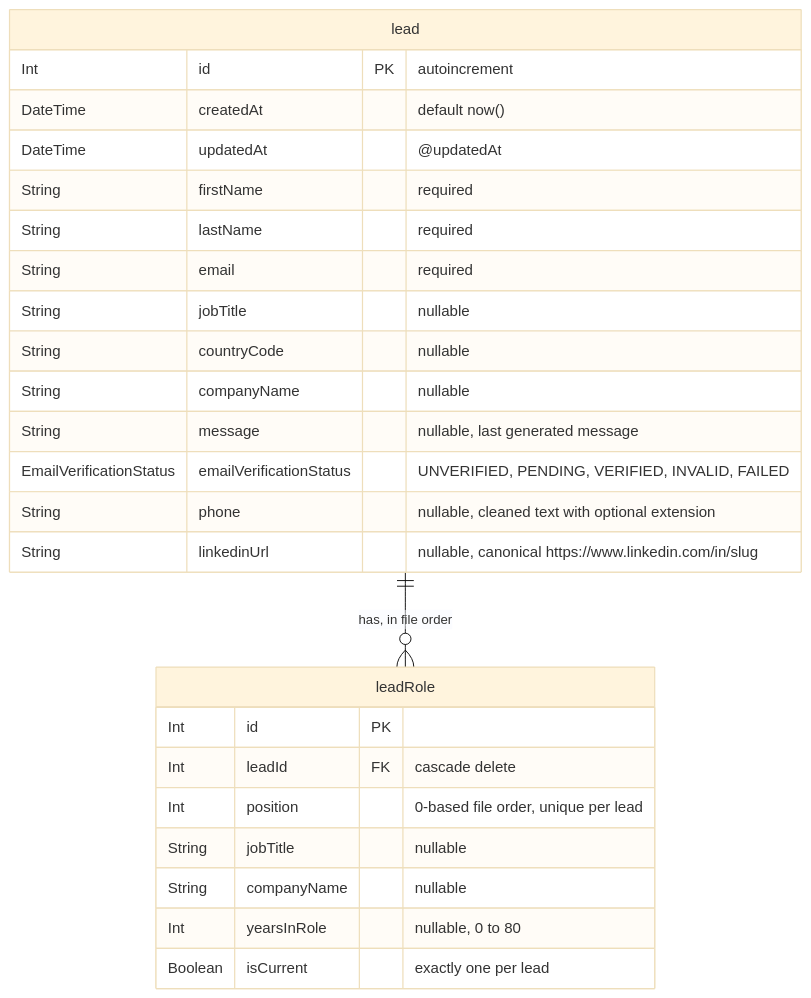
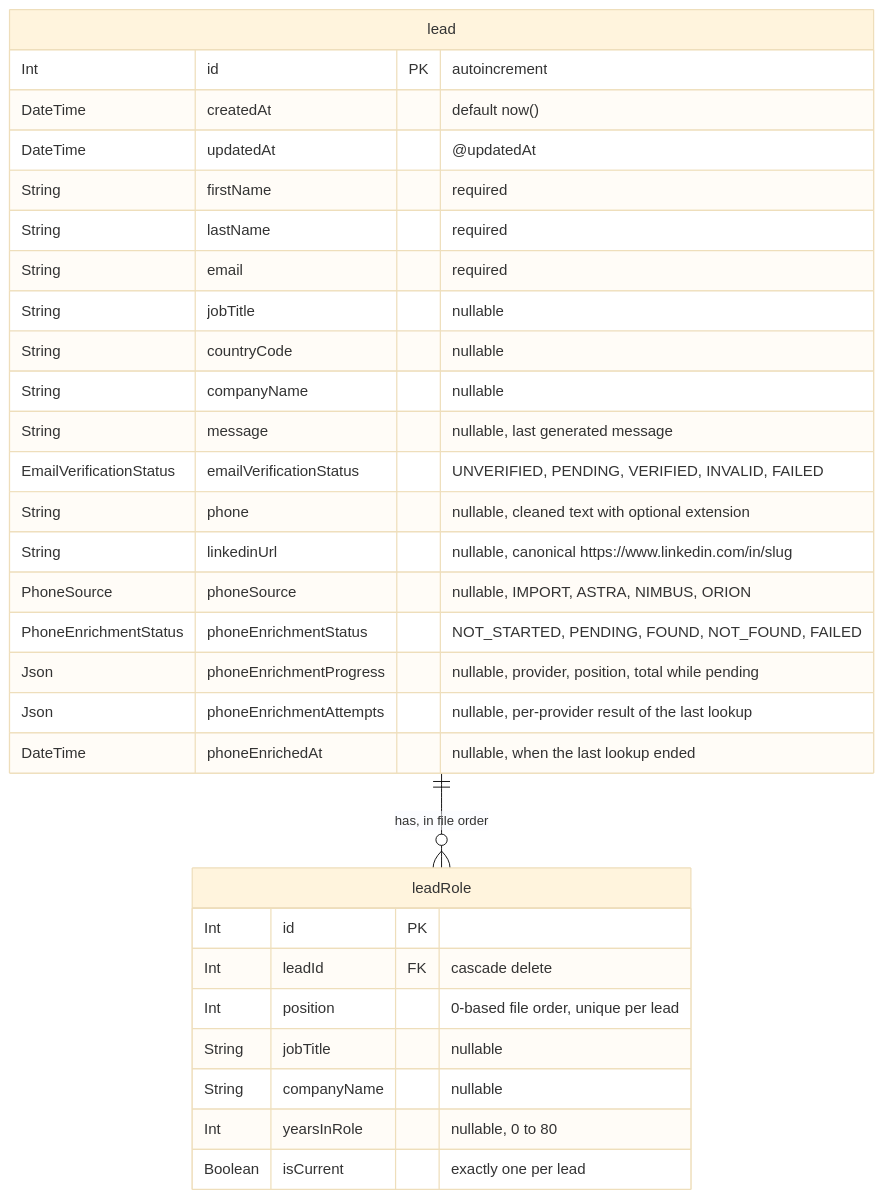
The second of 4 diagrams in design/architecture/02-backend.md (Genesy-AI/technical-task-sergi-cortes), drawn with Mermaid (base theme) before and after one commit. The commit also changed other lines of this file and 9 other files, not shown here.

First line of the commit message:
docs(phone): record provider and task queue decisions and document phone enrichment

````diff
--- a/design/architecture/02-backend.md
+++ b/design/architecture/02-backend.md
@@ -50,28 +57,33 @@
 ```mermaid
 erDiagram
     lead ||--o{ leadRole : "has, in file order"
     leadRole {
         Int id PK
         Int leadId FK "cascade delete"
         Int position "0-based file order, unique per lead"
         String jobTitle "nullable"
         String companyName "nullable"
         Int yearsInRole "nullable, 0 to 80"
         Boolean isCurrent "exactly one per lead"
     }
     lead {
         Int id PK "autoincrement"
         DateTime createdAt "default now()"
         DateTime updatedAt "@updatedAt"
         String firstName "required"
         String lastName "required"
         String email "required"
         String jobTitle "nullable"
         String countryCode "nullable"
         String companyName "nullable"
         String message "nullable, last generated message"
         EmailVerificationStatus emailVerificationStatus "UNVERIFIED, PENDING, VERIFIED, INVALID, FAILED"
         String phone "nullable, cleaned text with optional extension"
         String linkedinUrl "nullable, canonical https://www.linkedin.com/in/slug"
+        PhoneSource phoneSource "nullable, IMPORT, ASTRA, NIMBUS, ORION"
+        PhoneEnrichmentStatus phoneEnrichmentStatus "NOT_STARTED, PENDING, FOUND, NOT_FOUND, FAILED"
+        Json phoneEnrichmentProgress "nullable, provider, position, total while pending"
+        Json phoneEnrichmentAttempts "nullable, per-provider result of the last lookup"
+        DateTime phoneEnrichedAt "nullable, when the last lookup ended"
     }
 ```
````
